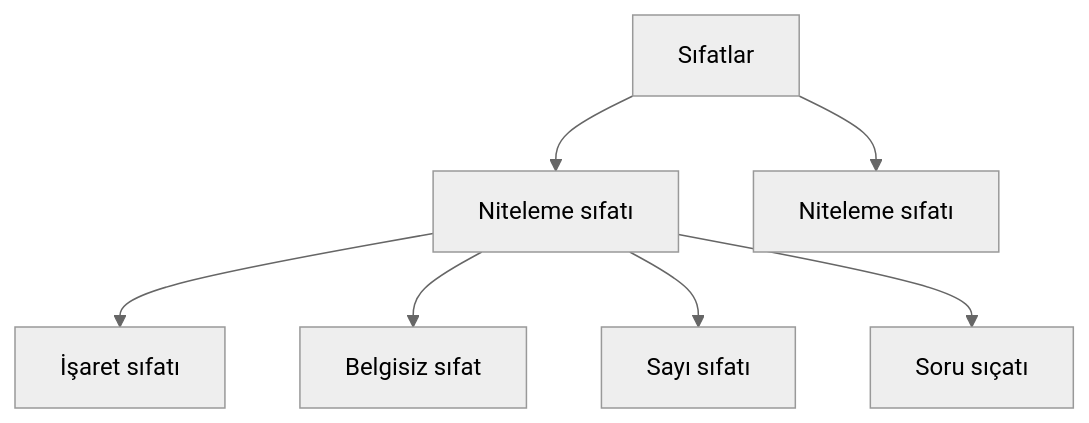
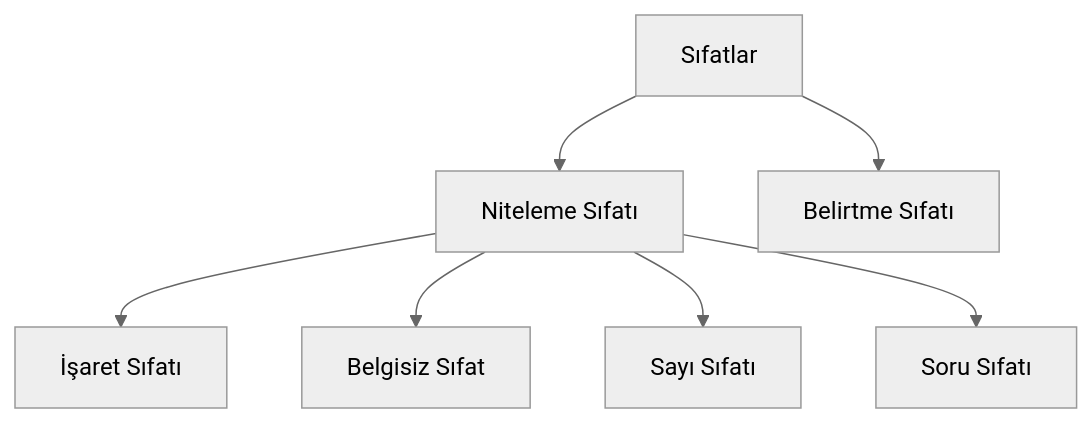
The diagram in tyt/türkçe/a/sözcük-türleri.md (metwse/evrensel), drawn with Mermaid (neutral theme) before and after one commit. The commit also changed other lines of this file, not shown here.

````diff
--- a/tyt/türkçe/a/sözcük-türleri.md
+++ b/tyt/türkçe/a/sözcük-türleri.md
@@ -123,10 +123,10 @@
 ```mermaid
 flowchart TD
     t[Sıfatlar]
-    t --> A[Niteleme sıfatı]
-    t --> B[Niteleme sıfatı]
-    A --> A-1[İşaret sıfatı]
-    A --> A-2[Belgisiz sıfat]
-    A --> A-3[Sayı sıfatı]
-    A --> A-4[Soru sıçatı]
+    t --> A[Niteleme Sıfatı]
+    t --> B[Belirtme Sıfatı]
+    A --> A-1[İşaret Sıfatı]
+    A --> A-2[Belgisiz Sıfat]
+    A --> A-3[Sayı Sıfatı]
+    A --> A-4[Soru Sıfatı]
 ```
````
